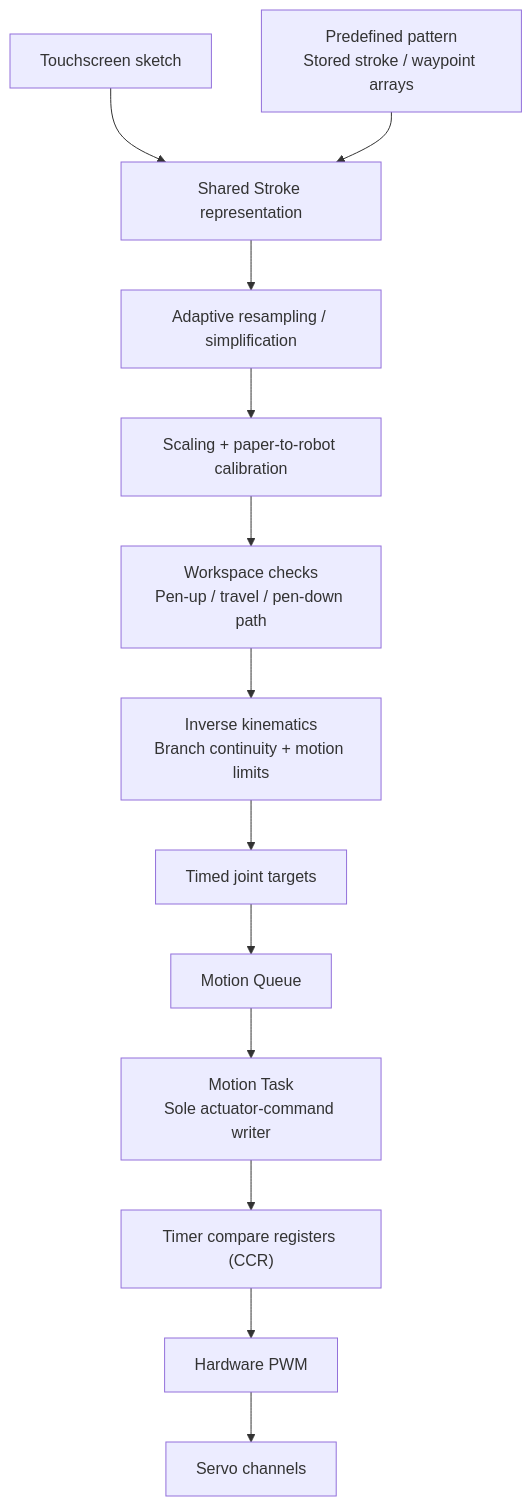
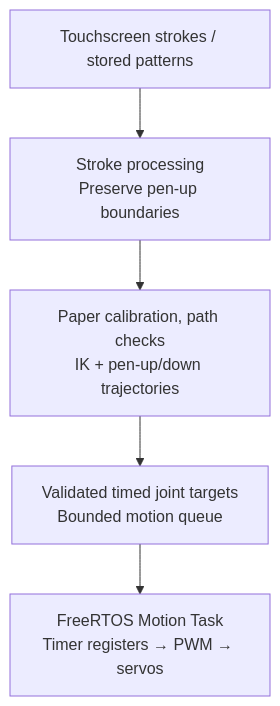
The second of 2 diagrams in Final project proposal.md (fangdong0620/ESE5190-Embedded-Robotics-Platform), drawn with Mermaid before and after one commit. The commit also changed other lines of this file and 1 other file, not shown here.

````diff
--- a/Final project proposal.md
+++ b/Final project proposal.md
@@ -154,29 +81,9 @@
 ```mermaid
 flowchart TB
-    TOUCH["Touchscreen sketch"]
-    PATTERN["Predefined pattern<br/>Stored stroke / waypoint arrays"]
-    STROKES["Shared Stroke representation"]
-    RESAMPLE["Adaptive resampling / simplification"]
-    CALIBRATE["Scaling + paper-to-robot calibration"]
-    PATH["Workspace checks<br/>Pen-up / travel / pen-down path"]
-    IK["Inverse kinematics<br/>Branch continuity + motion limits"]
-    TARGETS["Timed joint targets"]
-    QUEUE["Motion Queue"]
-    MOTION["Motion Task<br/>Sole actuator-command writer"]
-    CCR["Timer compare registers (CCR)"]
-    PWM["Hardware PWM"]
-    SERVOS["Servo channels"]
-
-    TOUCH --> STROKES
-    PATTERN --> STROKES
-    STROKES --> RESAMPLE
-    RESAMPLE --> CALIBRATE
-    CALIBRATE --> PATH
-    PATH --> IK
-    IK --> TARGETS
-    TARGETS --> QUEUE
-    QUEUE --> MOTION
-    MOTION --> CCR
-    CCR --> PWM
-    PWM --> SERVOS
+    A["Touchscreen strokes / stored patterns"]
+    B["Stroke processing<br/>Preserve pen-up boundaries"]
+    C["Paper calibration, path checks<br/>IK + pen-up/down trajectories"]
+    D["Validated timed joint targets<br/>Bounded motion queue"]
+    E["FreeRTOS Motion Task<br/>Timer registers → PWM → servos"]
+    A --> B --> C --> D --> E
 ```
````
